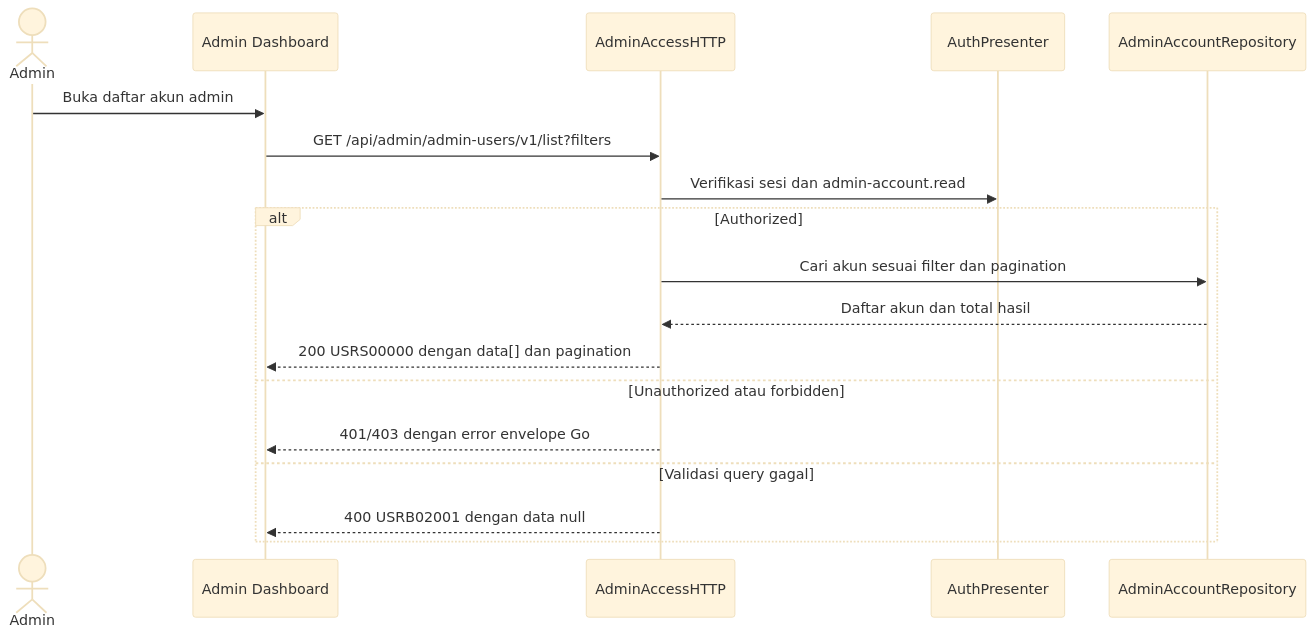
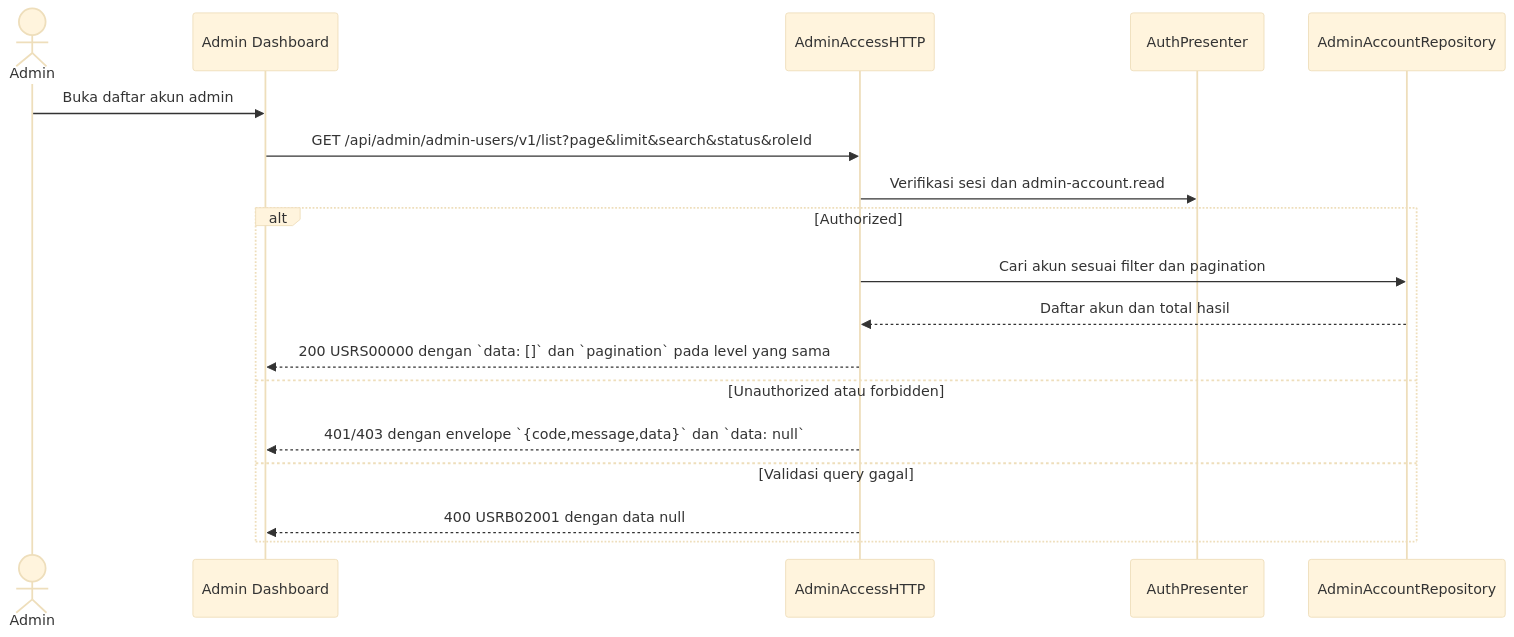
One commit to fatihmuhamadridho/docs-game-service-platform changed the diagram in sprint-1/solutioning/dashboard/admin-accounts/get-list-admin-accounts.md. Above: the diagram before and after it, drawn with Mermaid (base theme). The commit also changed other lines of this file and 24 other files, not shown here.

````diff
--- a/sprint-1/solutioning/dashboard/admin-accounts/get-list-admin-accounts.md
+++ b/sprint-1/solutioning/dashboard/admin-accounts/get-list-admin-accounts.md
@@ -14,20 +14,20 @@
 ```mermaid
 sequenceDiagram
     actor Admin
     participant UI as Admin Dashboard
     participant API as AdminAccessHTTP
     participant Auth as AuthPresenter
     participant Repo as AdminAccountRepository
     Admin->>UI: Buka daftar akun admin
-    UI->>API: GET /api/admin/admin-users/v1/list?filters
+    UI->>API: GET /api/admin/admin-users/v1/list?page&limit&search&status&roleId
     API->>Auth: Verifikasi sesi dan admin-account.read
     alt Authorized
         API->>Repo: Cari akun sesuai filter dan pagination
         Repo-->>API: Daftar akun dan total hasil
-        API-->>UI: 200 USRS00000 dengan data[] dan pagination
+        API-->>UI: 200 USRS00000 dengan `data: []` dan `pagination` pada level yang sama
     else Unauthorized atau forbidden
-        API-->>UI: 401/403 dengan error envelope Go
+        API-->>UI: 401/403 dengan envelope `{code,message,data}` dan `data: null`
     else Validasi query gagal
         API-->>UI: 400 USRB02001 dengan data null
     end
 ```
````
